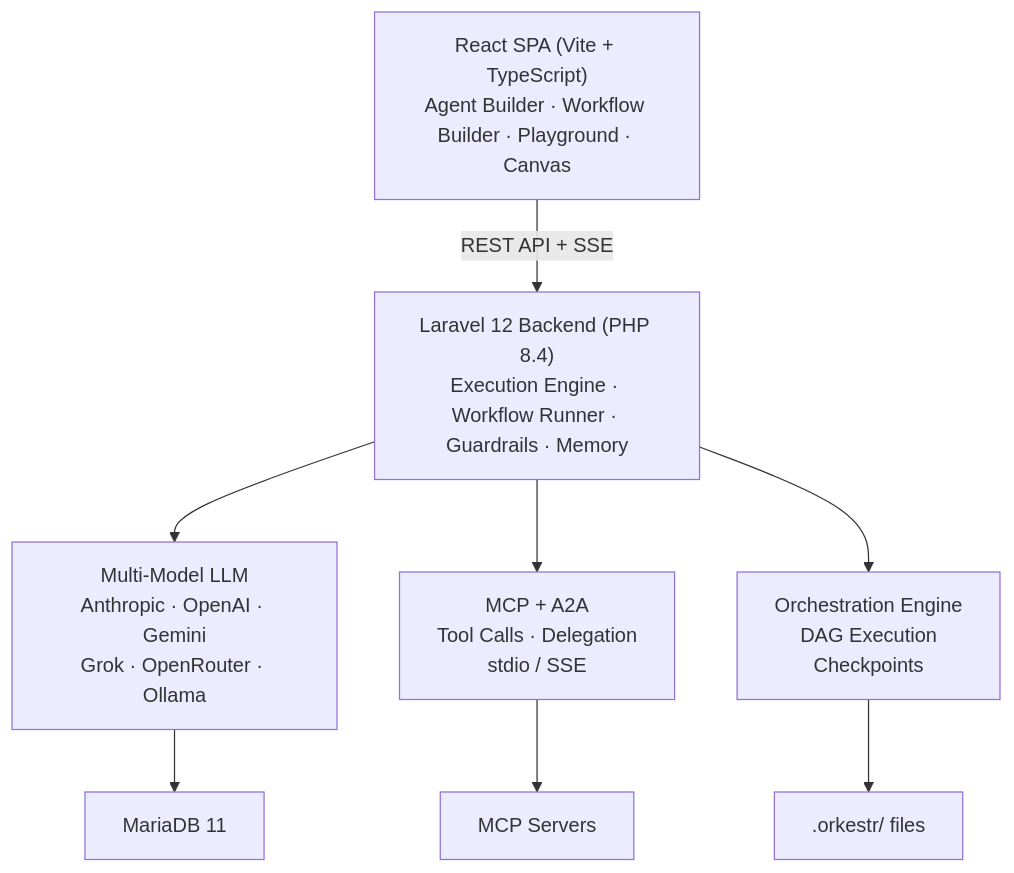
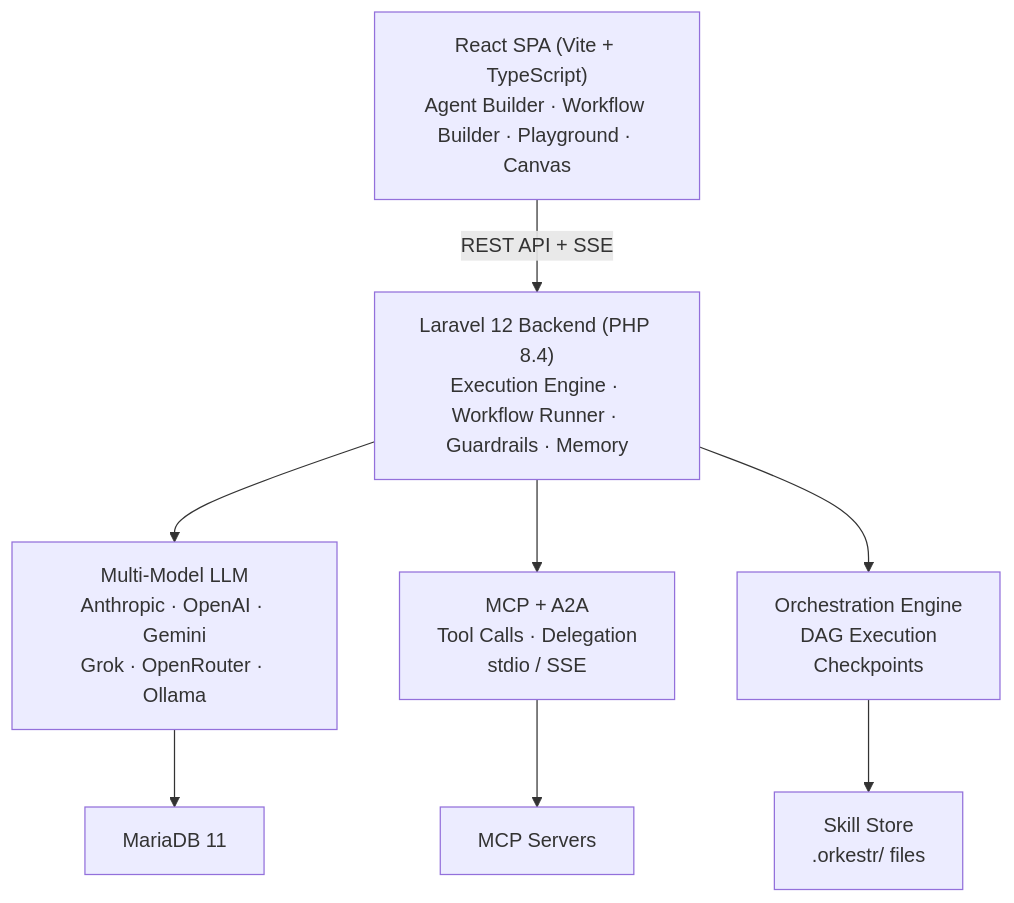
One commit to eooo-io/orkestr changed the diagram in README.md. Above: the diagram before and after it, drawn with Mermaid. The commit also changed other lines of this file, not shown here.

````diff
--- a/README.md
+++ b/README.md
@@ -112,15 +111,15 @@
 ```mermaid
 graph TB
     SPA["React SPA (Vite + TypeScript)<br/>Agent Builder · Workflow Builder · Playground · Canvas"]
     API["Laravel 12 Backend (PHP 8.4)<br/>Execution Engine · Workflow Runner · Guardrails · Memory"]
 
     SPA -->|"REST API + SSE"| API
 
     API --> LLM["Multi-Model LLM<br/>Anthropic · OpenAI · Gemini<br/>Grok · OpenRouter · Ollama"]
     API --> Tools["MCP + A2A<br/>Tool Calls · Delegation<br/>stdio / SSE"]
     API --> Orch["Orchestration Engine<br/>DAG Execution<br/>Checkpoints"]
 
     LLM --> DB["MariaDB 11"]
     Tools --> MCP["MCP Servers"]
-    Orch --> Files[".orkestr/ files"]
+    Orch --> Files["Skill Store<br/>.orkestr/ files"]
 ```
````
